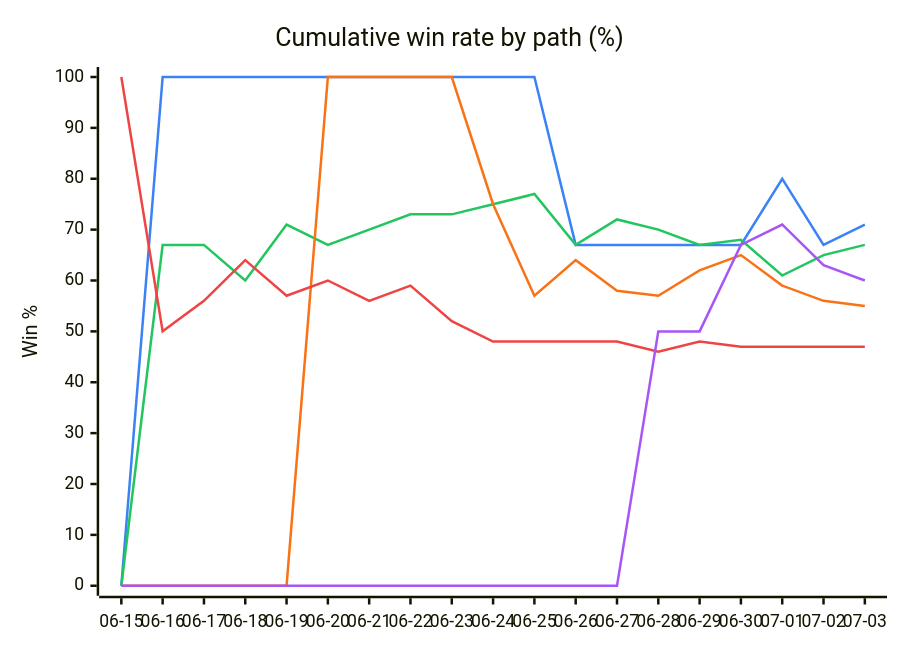
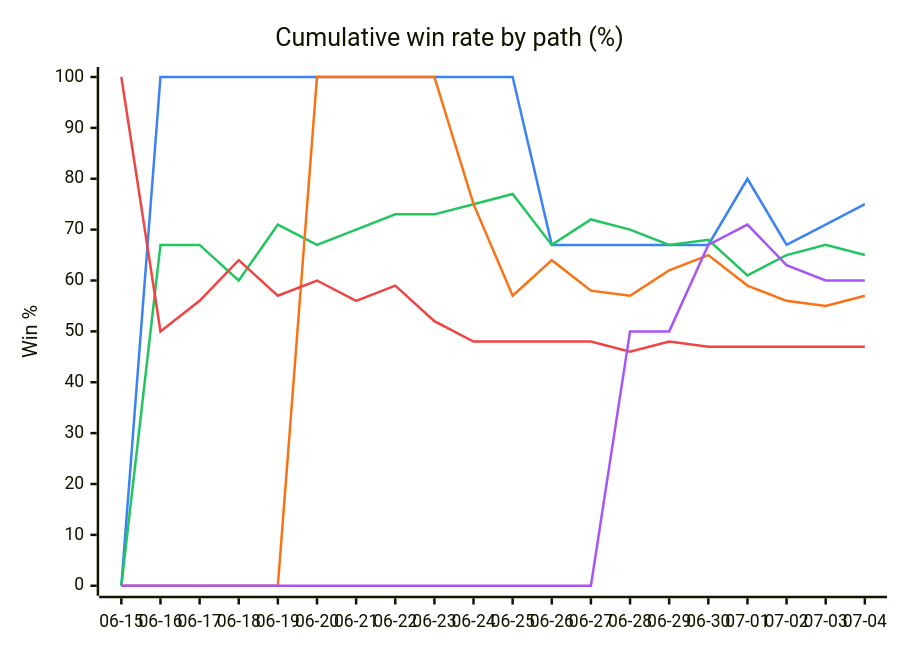
Before and after one commit to dpk1212/nhl-savant: the second of 5 diagrams in DAILY_AGSU_REPORT.md, drawn with Mermaid. The commit also changed other lines of this file, not shown here.

````diff
--- a/DAILY_AGSU_REPORT.md
+++ b/DAILY_AGSU_REPORT.md
@@ -212,12 +213,12 @@
 ```mermaid
 %%{init: {"themeVariables": {"xyChart": {"plotColorPalette": "#3b82f6,#22c55e,#f97316,#ef4444,#a855f7"}}}}%%
 xychart-beta
     title "Cumulative win rate by path (%)"
-    x-axis ["06-15", "06-16", "06-17", "06-18", "06-19", "06-20", "06-21", "06-22", "06-23", "06-24", "06-25", "06-26", "06-27", "06-28", "06-29", "06-30", "07-01", "07-02", "07-03"]
+    x-axis ["06-15", "06-16", "06-17", "06-18", "06-19", "06-20", "06-21", "06-22", "06-23", "06-24", "06-25", "06-26", "06-27", "06-28", "06-29", "06-30", "07-01", "07-02", "07-03", "07-04"]
     y-axis "Win %" 0 --> 100
-    line [0, 100, 100, 100, 100, 100, 100, 100, 100, 100, 100, 67, 67, 67, 67, 67, 80, 67, 71]
-    line [0, 67, 67, 60, 71, 67, 70, 73, 73, 75, 77, 67, 72, 70, 67, 68, 61, 65, 67]
-    line [0, 0, 0, 0, 0, 100, 100, 100, 100, 75, 57, 64, 58, 57, 62, 65, 59, 56, 55]
-    line [100, 50, 56, 64, 57, 60, 56, 59, 52, 48, 48, 48, 48, 46, 48, 47, 47, 47, 47]
-    line [0, 0, 0, 0, 0, 0, 0, 0, 0, 0, 0, 0, 0, 50, 50, 67, 71, 63, 60]
+    line [0, 100, 100, 100, 100, 100, 100, 100, 100, 100, 100, 67, 67, 67, 67, 67, 80, 67, 71, 75]
+    line [0, 67, 67, 60, 71, 67, 70, 73, 73, 75, 77, 67, 72, 70, 67, 68, 61, 65, 67, 65]
+    line [0, 0, 0, 0, 0, 100, 100, 100, 100, 75, 57, 64, 58, 57, 62, 65, 59, 56, 55, 57]
+    line [100, 50, 56, 64, 57, 60, 56, 59, 52, 48, 48, 48, 48, 46, 48, 47, 47, 47, 47, 47]
+    line [0, 0, 0, 0, 0, 0, 0, 0, 0, 0, 0, 0, 0, 50, 50, 67, 71, 63, 60, 60]
 ```
````
